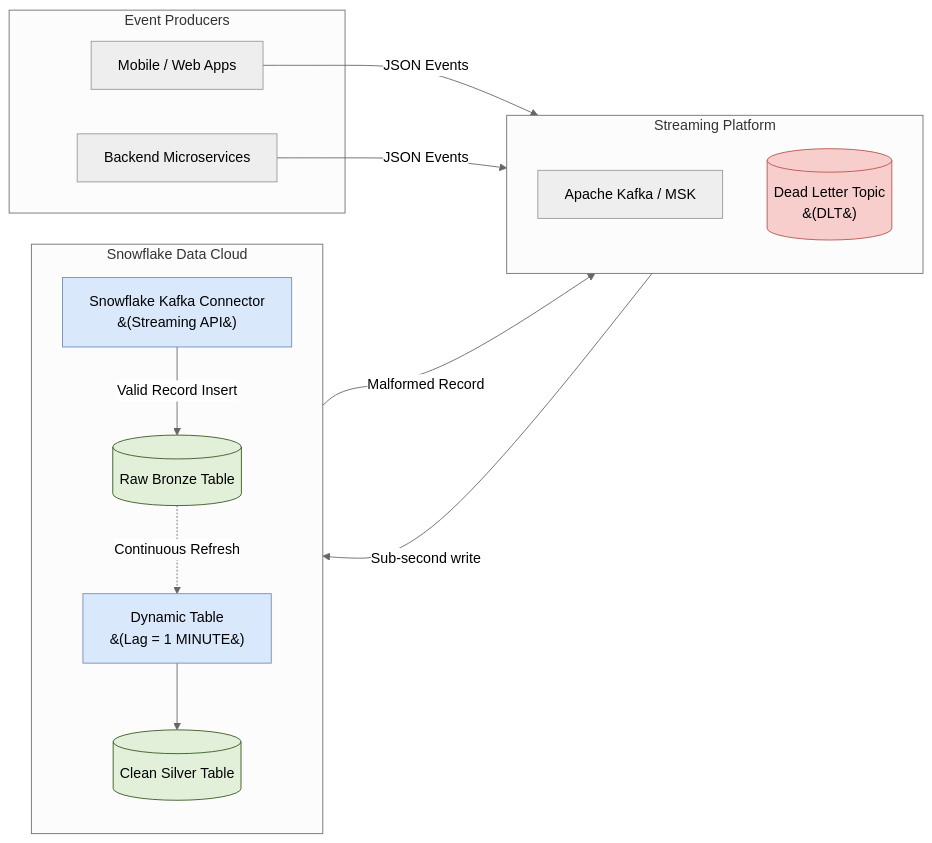
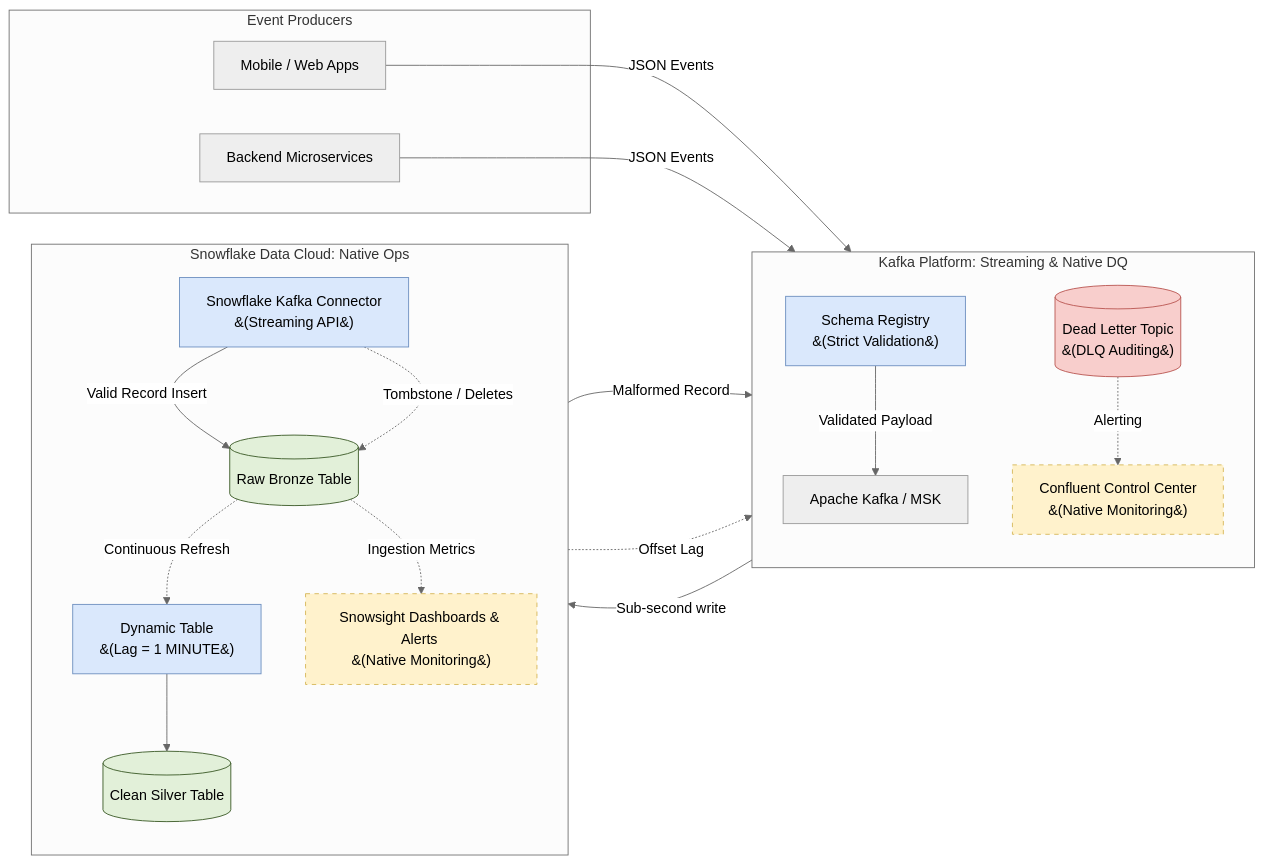
The diagram in snowflake/realtime_streaming_architecture_document.md (toanbui626391/data_architect), drawn with Mermaid (neutral theme) before and after one commit. The commit also changed other lines of this file and 3 other files, not shown here.

````diff
--- a/snowflake/realtime_streaming_architecture_document.md
+++ b/snowflake/realtime_streaming_architecture_document.md
@@ -24,41 +24,54 @@
 ```mermaid
 flowchart LR
     subgraph DataProducers [Event Producers]
         App["Mobile / Web Apps"]
         Microservices["Backend Microservices"]
     end
 
-    subgraph MessageBus [Streaming Platform]
+    subgraph MessageBus [Kafka Platform: Streaming & Native DQ]
         direction TB
+        Registry["Schema Registry <br>&#40;Strict Validation&#41;"]
         Kafka["Apache Kafka / MSK"]
-        DLT[("Dead Letter Topic <br>&#40;DLT&#41;")]
+        DLT[("Dead Letter Topic <br>&#40;DLQ Auditing&#41;")]
+        C3["Confluent Control Center <br>&#40;Native Monitoring&#41;"]
     end
 
-    subgraph Snowflake [Snowflake Data Cloud]
+    subgraph Snowflake [Snowflake Data Cloud: Native Ops]
         direction TB
         Connector["Snowflake Kafka Connector <br>&#40;Streaming API&#41;"]
         Table[("Raw Bronze Table")]
         DT["Dynamic Table <br>&#40;Lag = 1 MINUTE&#41;"]
         Silver[("Clean Silver Table")]
+        Snowsight["Snowsight Dashboards & Alerts <br>&#40;Native Monitoring&#41;"]
     end
 
-    App -->|JSON Events| Kafka
-    Microservices -->|JSON Events| Kafka
+    App -->|JSON Events| Registry
+    Microservices -->|JSON Events| Registry
+    Registry -->|Validated Payload| Kafka
+    
     Kafka -->|Sub-second write| Connector
     
     %% Handling Discrepancies at the Connector
     Connector -->|Malformed Record| DLT
     Connector -->|Valid Record Insert| Table
+    Connector -.->|Tombstone / Deletes| Table
     
     Table -.->|Continuous Refresh| DT
     DT --> Silver
+    
+    %% Native Observability Links
+    Connector -.->|Offset Lag| C3
+    DLT -.->|Alerting| C3
+    Table -.->|Ingestion Metrics| Snowsight
 
     %% Styling
     classDef storage fill:#e2f0d9,stroke:#385723,stroke-width:1px,color:#000;
     classDef bad fill:#f8cecc,stroke:#b85450,stroke-width:1px,color:#000;
     classDef process fill:#dae8fc,stroke:#6c8ebf,stroke-width:1px,color:#000;
+    classDef monitor fill:#fff2cc,stroke:#d6b656,stroke-width:1px,color:#000,stroke-dasharray: 5 5;
     
     class Table,Silver storage;
     class DLT bad;
-    class Connector,DT process;
+    class Connector,DT,Registry process;
+    class C3,Snowsight monitor;
 ```
````
